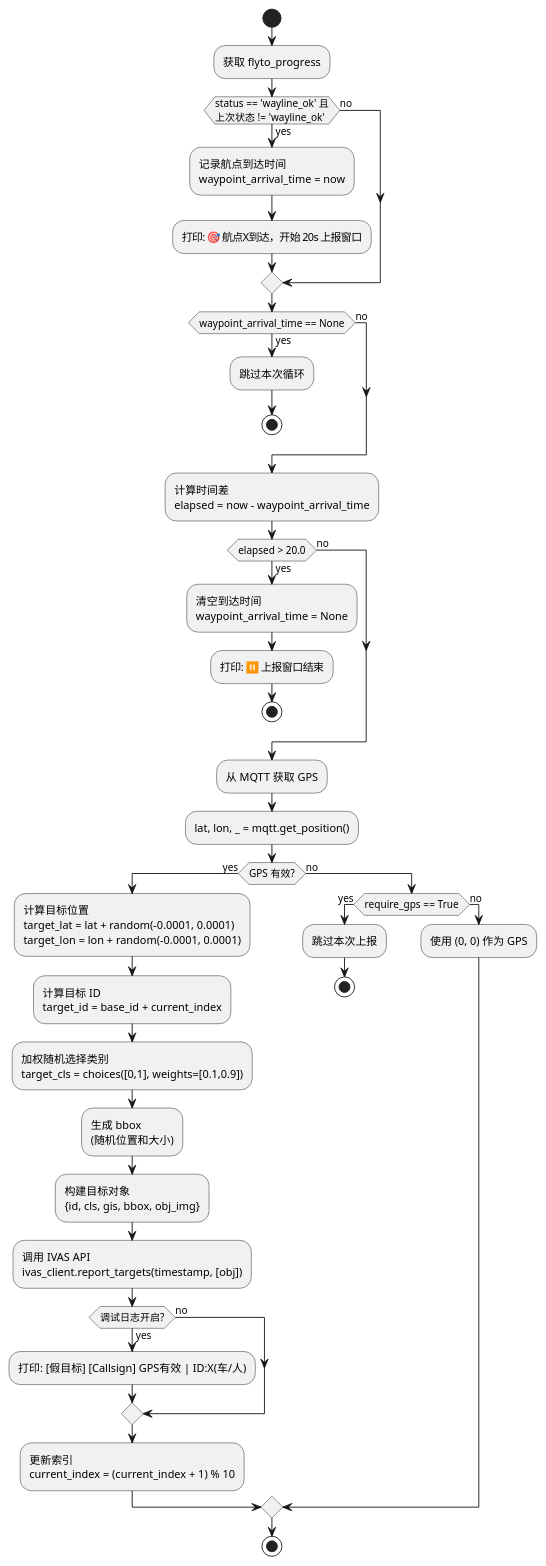
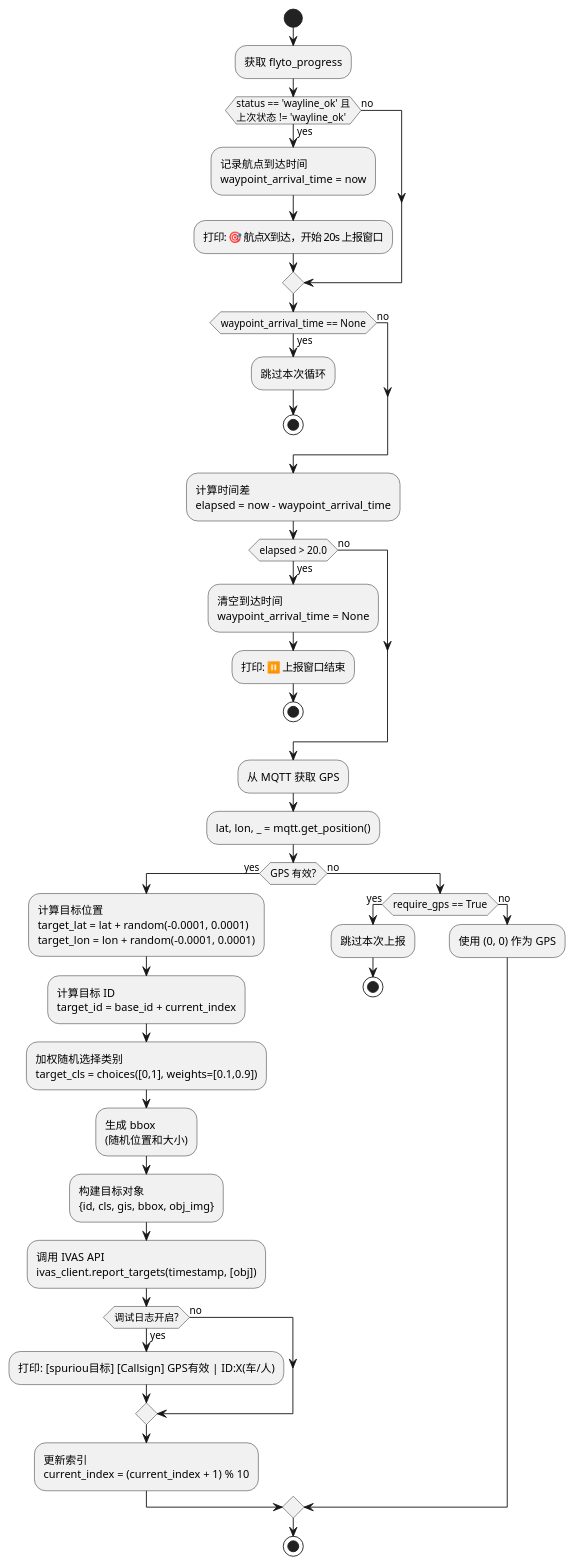
One commit to GrooveWJH/Volition-DJI changed the fifth of 9 diagrams in pythonSDK/docs/pure_fake_target_logic.md. Above: the diagram before and after it, drawn with PlantUML. The commit also changed other lines of this file and 7 other files, not shown here.

````diff
--- a/pythonSDK/docs/pure_fake_target_logic.md
+++ b/pythonSDK/docs/pure_fake_target_logic.md
@@ -282,62 +282,62 @@
 ```plantuml
 @startuml
 start
 
 :获取 flyto_progress;
 
 if (status == 'wayline_ok' 且\n上次状态 != 'wayline_ok') then (yes)
   :记录航点到达时间\nwaypoint_arrival_time = now;
   :打印: 🎯 航点X到达，开始 20s 上报窗口;
 else (no)
 endif
 
 if (waypoint_arrival_time == None) then (yes)
   :跳过本次循环;
   stop
 else (no)
 endif
 
 :计算时间差\nelapsed = now - waypoint_arrival_time;
 
 if (elapsed > 20.0) then (yes)
   :清空到达时间\nwaypoint_arrival_time = None;
   :打印: ⏸️  上报窗口结束;
   stop
 else (no)
 endif
 
 :从 MQTT 获取 GPS;
 :lat, lon, _ = mqtt.get_position();
 
 if (GPS 有效?) then (yes)
   :计算目标位置\ntarget_lat = lat + random(-0.0001, 0.0001)\ntarget_lon = lon + random(-0.0001, 0.0001);
 
   :计算目标 ID\ntarget_id = base_id + current_index;
 
   :加权随机选择类别\ntarget_cls = choices([0,1], weights=[0.1,0.9]);
 
   :生成 bbox\n(随机位置和大小);
 
   :构建目标对象\n{id, cls, gis, bbox, obj_img};
 
   :调用 IVAS API\nivas_client.report_targets(timestamp, [obj]);
 
   if (调试日志开启?) then (yes)
-    :打印: [假目标] [Callsign] GPS有效 | ID:X(车/人);
+    :打印: [spuriou目标] [Callsign] GPS有效 | ID:X(车/人);
   else (no)
   endif
 
   :更新索引\ncurrent_index = (current_index + 1) % 10;
 else (no)
   if (require_gps == True) then (yes)
     :跳过本次上报;
     stop
   else (no)
     :使用 (0, 0) 作为 GPS;
   endif
 endif
 
 stop
 
 @enduml
 ```
````
